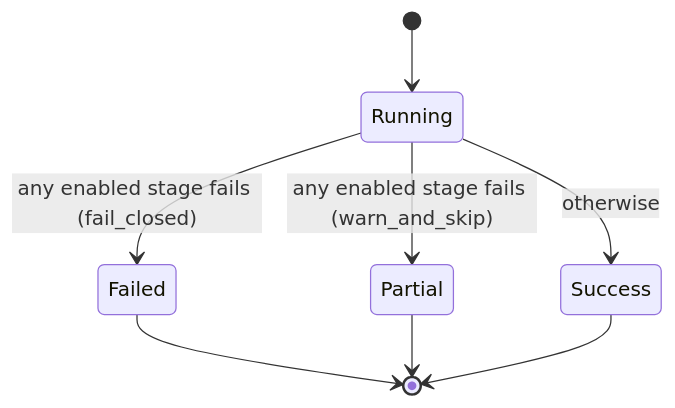
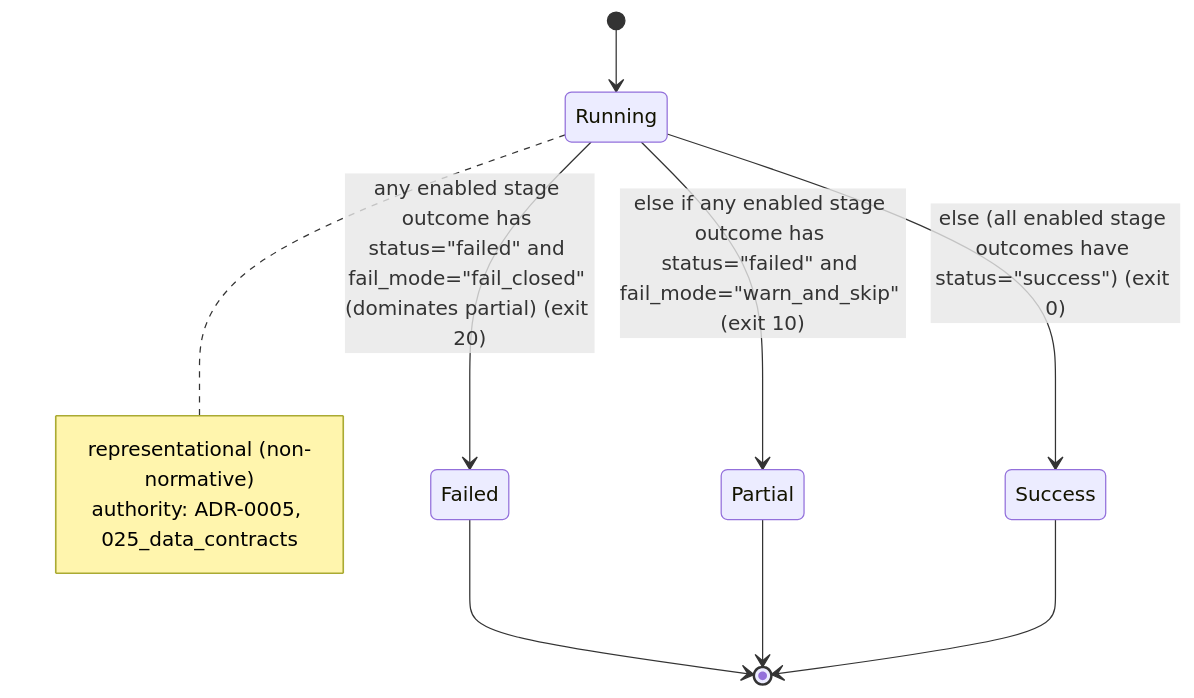
The diagram in docs/diagrams/generated/run_status_state.md (JochiRaider/purple-axiom), drawn with Mermaid before and after one commit. The commit also changed 10 other files, not shown here.

````diff
--- a/docs/diagrams/generated/run_status_state.md
+++ b/docs/diagrams/generated/run_status_state.md
@@ -3,10 +3,14 @@
 ```mermaid
 stateDiagram-v2
   [*] --> Running
-  Running --> Failed: any enabled stage fails (fail_closed)
-  Running --> Partial: any enabled stage fails (warn_and_skip)
-  Running --> Success: otherwise
+  note right of Running
+    representational (non-normative)
+    authority: ADR-0005, 025_data_contracts
+  end note
+  Running --> Failed: any enabled stage outcome has status="failed" and fail_mode="fail_closed" (dominates partial) (exit 20)
+  Running --> Partial: else if any enabled stage outcome has status="failed" and fail_mode="warn_and_skip" (exit 10)
+  Running --> Success: else (all enabled stage outcomes have status="success") (exit 0)
   Failed --> [*]
   Partial --> [*]
   Success --> [*]
 ```
````
